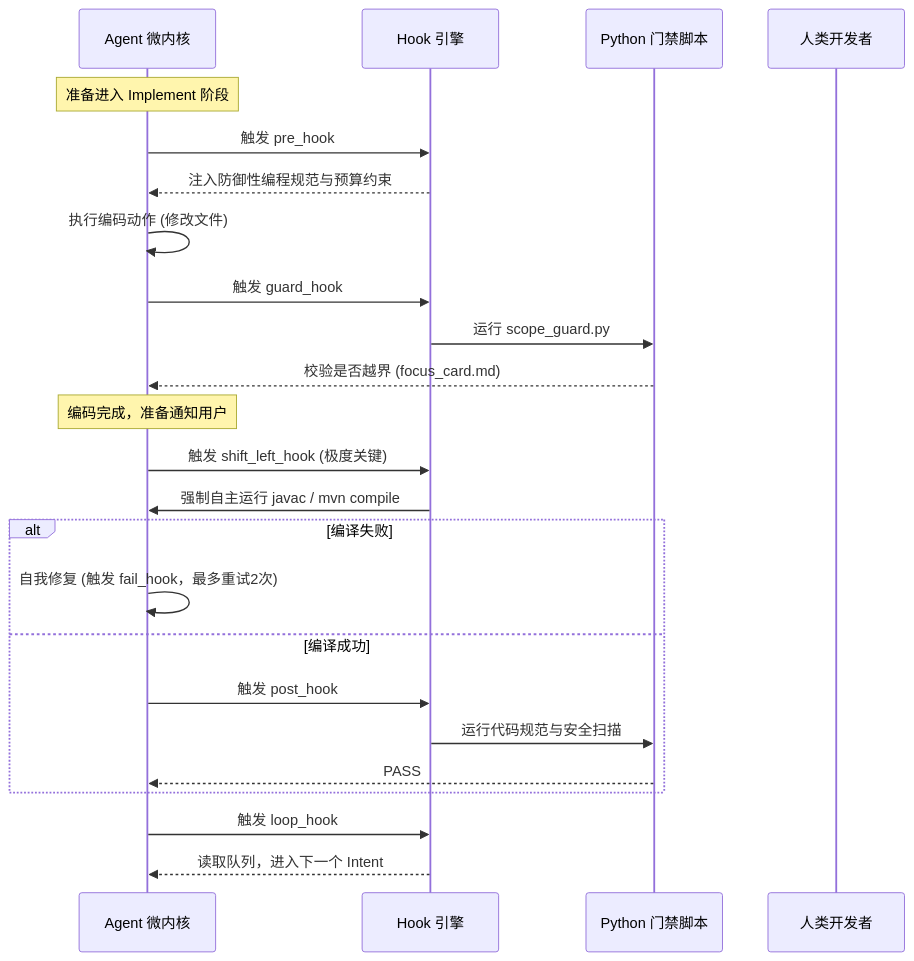
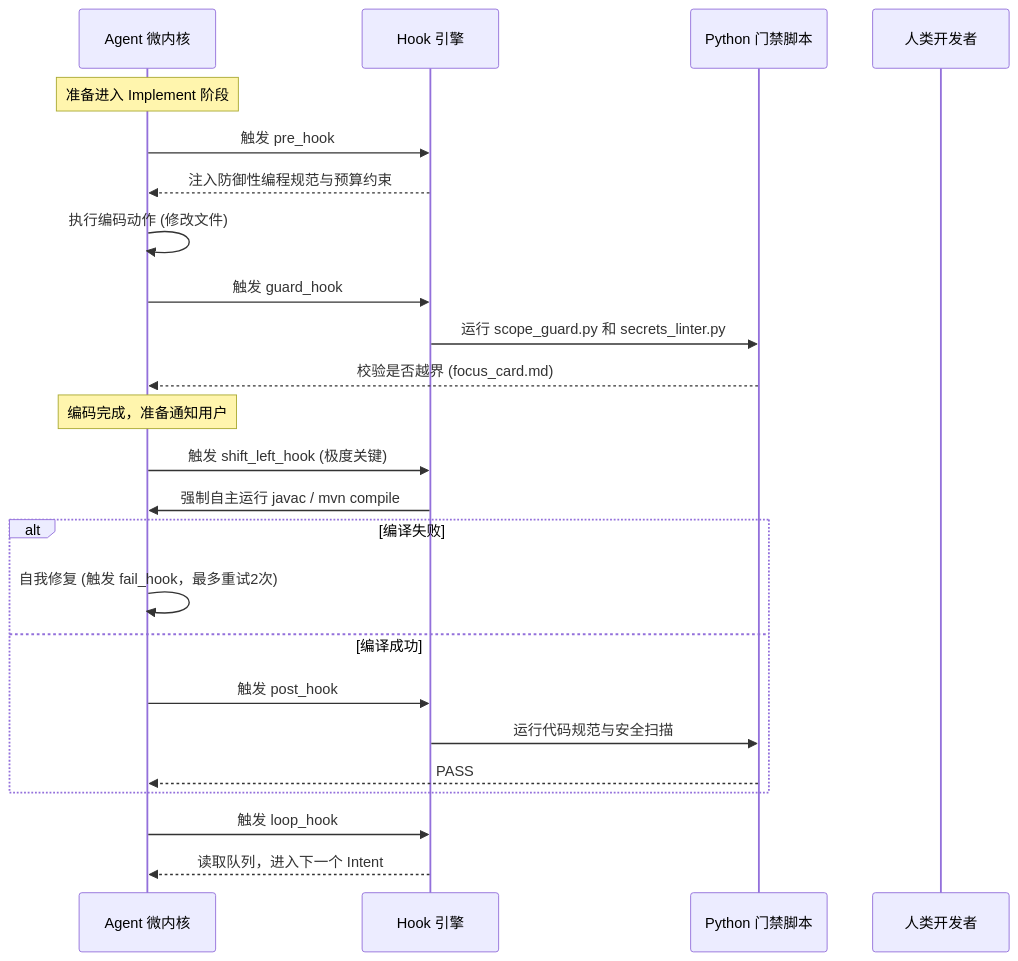
The fourth of 5 diagrams in ENGINEERING_MANUAL_zh.md (listener-He/java-harness-agent), drawn with Mermaid before and after one commit. The commit also changed other lines of this file and 3 other files, not shown here.

````diff
--- a/ENGINEERING_MANUAL_zh.md
+++ b/ENGINEERING_MANUAL_zh.md
@@ -427,30 +397,30 @@
 ```mermaid
 sequenceDiagram
     participant Agent as Agent 微内核
     participant Hook as Hook 引擎
     participant Gate as Python 门禁脚本
     participant Human as 人类开发者
-    
+
     Note over Agent: 准备进入 Implement 阶段
     Agent->>Hook: 触发 pre_hook
     Hook-->>Agent: 注入防御性编程规范与预算约束
-    
+
     Agent->>Agent: 执行编码动作 (修改文件)
     Agent->>Hook: 触发 guard_hook
-    Hook->>Gate: 运行 scope_guard.py
+    Hook->>Gate: 运行 scope_guard.py 和 secrets_linter.py
     Gate-->>Agent: 校验是否越界 (focus_card.md)
-    
+
     Note over Agent: 编码完成，准备通知用户
     Agent->>Hook: 触发 shift_left_hook (极度关键)
     Hook->>Agent: 强制自主运行 javac / mvn compile
     alt 编译失败
         Agent->>Agent: 自我修复 (触发 fail_hook，最多重试2次)
     else 编译成功
         Agent->>Hook: 触发 post_hook
         Hook->>Gate: 运行代码规范与安全扫描
         Gate-->>Agent: PASS
     end
-    
+
     Agent->>Hook: 触发 loop_hook
     Hook-->>Agent: 读取队列，进入下一个 Intent
 ```
````
